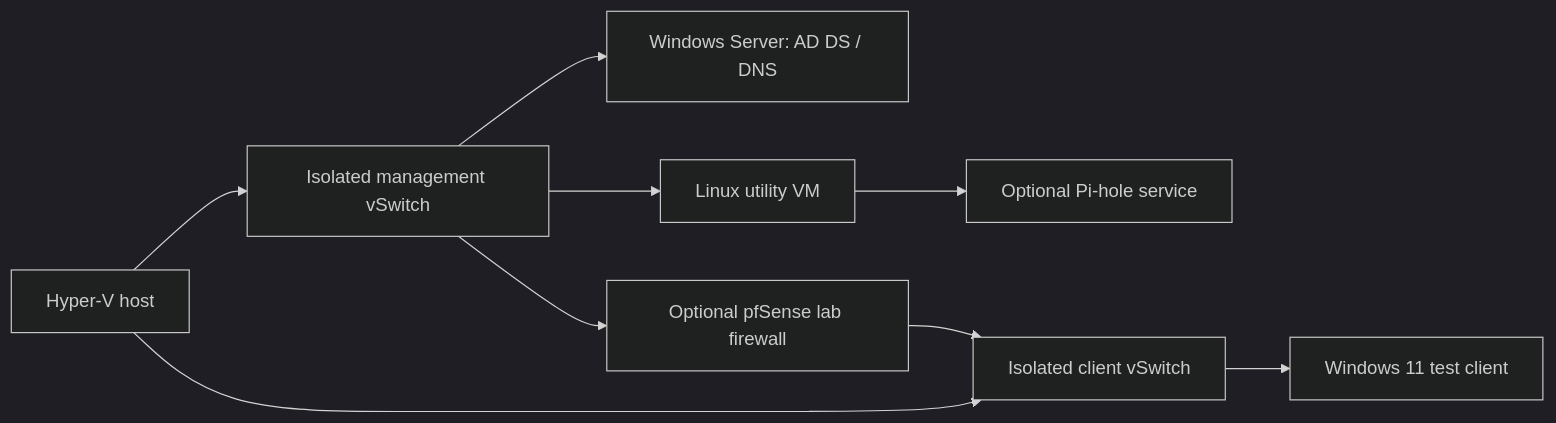
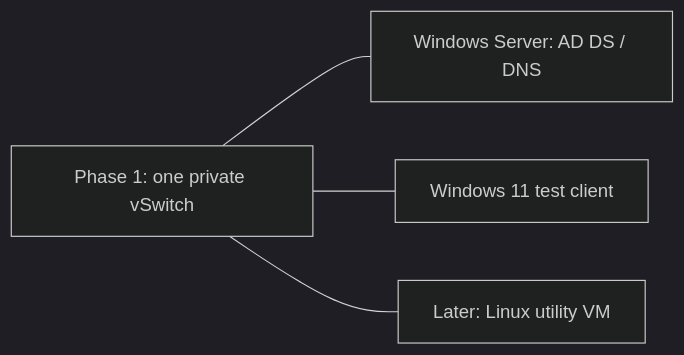
Before and after one commit to Mhtnsr/homelab: the diagram in docs/architecture.md, drawn with Mermaid (dark theme). The commit also changed other lines of this file and 2 other files, not shown here.

Commit message:
Clarify baseline lab topology and staged build

````diff
--- a/docs/architecture.md
+++ b/docs/architecture.md
@@ -5,11 +5,6 @@
 ```mermaid
 flowchart LR
-  Host[Hyper-V host] --> Mgmt[Isolated management vSwitch]
-  Host --> Clients[Isolated client vSwitch]
-  Mgmt --> DC[Windows Server: AD DS / DNS]
-  Clients --> Win[Windows 11 test client]
-  Mgmt --> Linux[Linux utility VM]
-  Mgmt --> FW[Optional pfSense lab firewall]
-  FW --> Clients
-  Linux --> Pi[Optional Pi-hole service]
+  LAN[Phase 1: one private vSwitch] --- DC[Windows Server: AD DS / DNS]
+  LAN --- Win[Windows 11 test client]
+  LAN --- Linux[Later: Linux utility VM]
 ```
````
